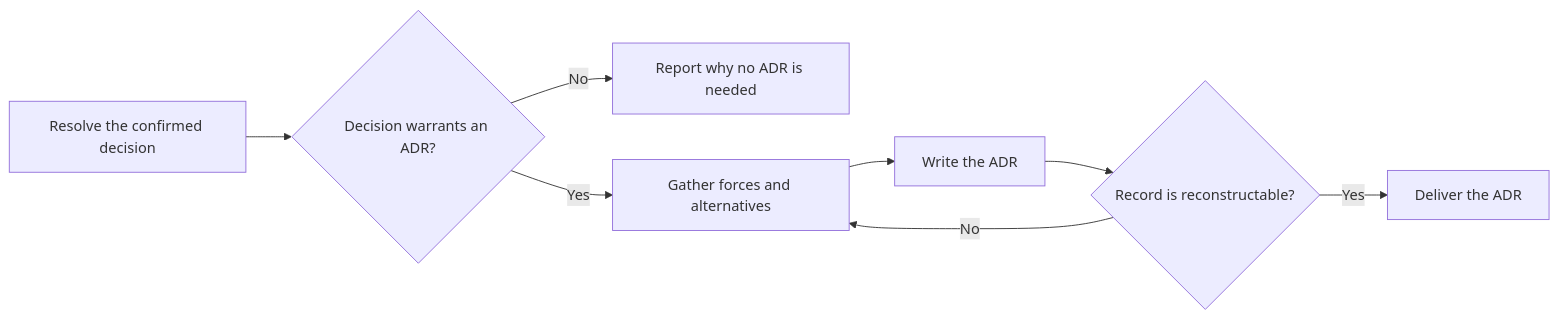
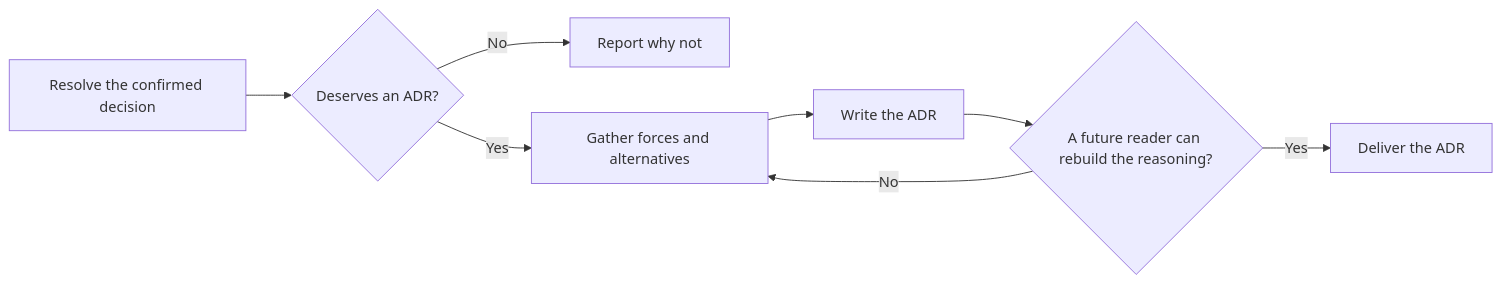
Before and after one commit to fam-tung-lam/ptlam-agent-plugin: the diagram in plugin/skills/ptlam-creating-adr/SKILL.md, drawn with Mermaid. The commit also changed other lines of this file and 1734 other files, not shown here.

````diff
--- a/plugin/skills/ptlam-creating-adr/SKILL.md
+++ b/plugin/skills/ptlam-creating-adr/SKILL.md
@@ -12,10 +12,10 @@
 ```mermaid
 flowchart LR
-    ResolveDecision["Resolve the confirmed decision"] --> QualifyDecision{"Decision warrants an ADR?"}
-    QualifyDecision -->|"No"| ReportVerdict["Report why no ADR is needed"]
+    ResolveDecision["Resolve the confirmed decision"] --> QualifyDecision{"Deserves an ADR?"}
+    QualifyDecision -->|"No"| ReportVerdict["Report why not"]
     QualifyDecision -->|"Yes"| GatherEvidence["Gather forces and alternatives"]
     GatherEvidence --> WriteAdr["Write the ADR"]
-    WriteAdr --> VerifyRecord{"Record is reconstructable?"}
+    WriteAdr --> VerifyRecord{"A future reader can rebuild the reasoning?"}
     VerifyRecord -->|"No"| GatherEvidence
     VerifyRecord -->|"Yes"| DeliverAdr["Deliver the ADR"]
 ```
````
